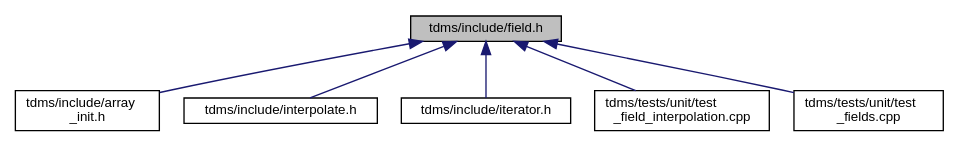
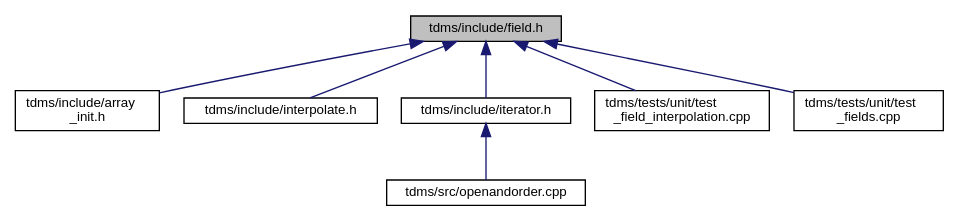
The diagram in field_8h__dep__incl.dot (UCL/TDMS), drawn with Graphviz before and after one commit. The commit also changed 104 other files, not shown here.

```diff
--- a/field_8h__dep__incl.dot
+++ b/field_8h__dep__incl.dot
@@ -1,17 +1,19 @@
 digraph "tdms/include/field.h"
 {
  // LATEX_PDF_SIZE
   edge [fontname="Helvetica",fontsize="10",labelfontname="Helvetica",labelfontsize="10"];
   node [fontname="Helvetica",fontsize="10",shape=record];
   Node1 [label="tdms/include/field.h",height=0.2,width=0.4,color="black", fillcolor="grey75", style="filled", fontcolor="black",tooltip="Classes for the electric and magnetic (split) fields on a grid."];
   Node1 -> Node2 [dir="back",color="midnightblue",fontsize="10",style="solid",fontname="Helvetica"];
   Node2 [label="tdms/include/array\l_init.h",height=0.2,width=0.4,color="black", fillcolor="white", style="filled",URL="$array__init_8h.html",tooltip="A collection of functions for array initialisation given MATLAB pointers."];
   Node1 -> Node3 [dir="back",color="midnightblue",fontsize="10",style="solid",fontname="Helvetica"];
   Node3 [label="tdms/include/interpolate.h",height=0.2,width=0.4,color="black", fillcolor="white", style="filled",URL="$interpolate_8h.html",tooltip="Interpolation of field values within FDTD grid."];
   Node1 -> Node4 [dir="back",color="midnightblue",fontsize="10",style="solid",fontname="Helvetica"];
   Node4 [label="tdms/include/iterator.h",height=0.2,width=0.4,color="black", fillcolor="white", style="filled",URL="$iterator_8h.html",tooltip="The main time propogation algorithm."];
-  Node1 -> Node5 [dir="back",color="midnightblue",fontsize="10",style="solid",fontname="Helvetica"];
-  Node5 [label="tdms/tests/unit/test\l_field_interpolation.cpp",height=0.2,width=0.4,color="black", fillcolor="white", style="filled",URL="$test__field__interpolation_8cpp.html",tooltip="Tests interpolation of E- and H-fields and compares the errors against MATLAB benchmarks."];
+  Node4 -> Node5 [dir="back",color="midnightblue",fontsize="10",style="solid",fontname="Helvetica"];
+  Node5 [label="tdms/src/openandorder.cpp",height=0.2,width=0.4,color="black", fillcolor="white", style="filled",URL="$openandorder_8cpp.html",tooltip="Launch and file IO."];
   Node1 -> Node6 [dir="back",color="midnightblue",fontsize="10",style="solid",fontname="Helvetica"];
-  Node6 [label="tdms/tests/unit/test\l_fields.cpp",height=0.2,width=0.4,color="black", fillcolor="white", style="filled",URL="$test__fields_8cpp.html",tooltip="Test of the Field class and subclasses."];
+  Node6 [label="tdms/tests/unit/test\l_field_interpolation.cpp",height=0.2,width=0.4,color="black", fillcolor="white", style="filled",URL="$test__field__interpolation_8cpp.html",tooltip="Tests interpolation of E- and H-fields and compares the errors against MATLAB benchmarks."];
+  Node1 -> Node7 [dir="back",color="midnightblue",fontsize="10",style="solid",fontname="Helvetica"];
+  Node7 [label="tdms/tests/unit/test\l_fields.cpp",height=0.2,width=0.4,color="black", fillcolor="white", style="filled",URL="$test__fields_8cpp.html",tooltip="Test of the Field class and subclasses."];
 }
```
